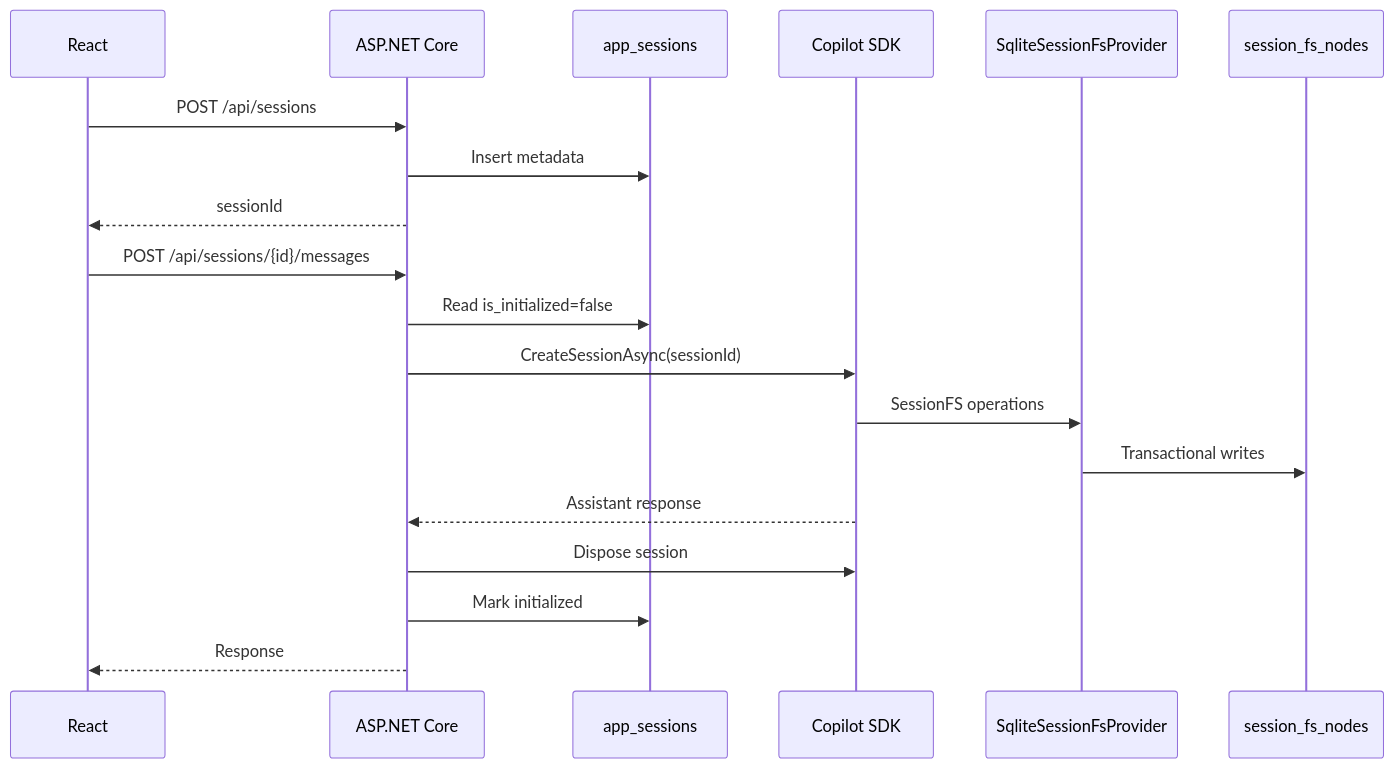
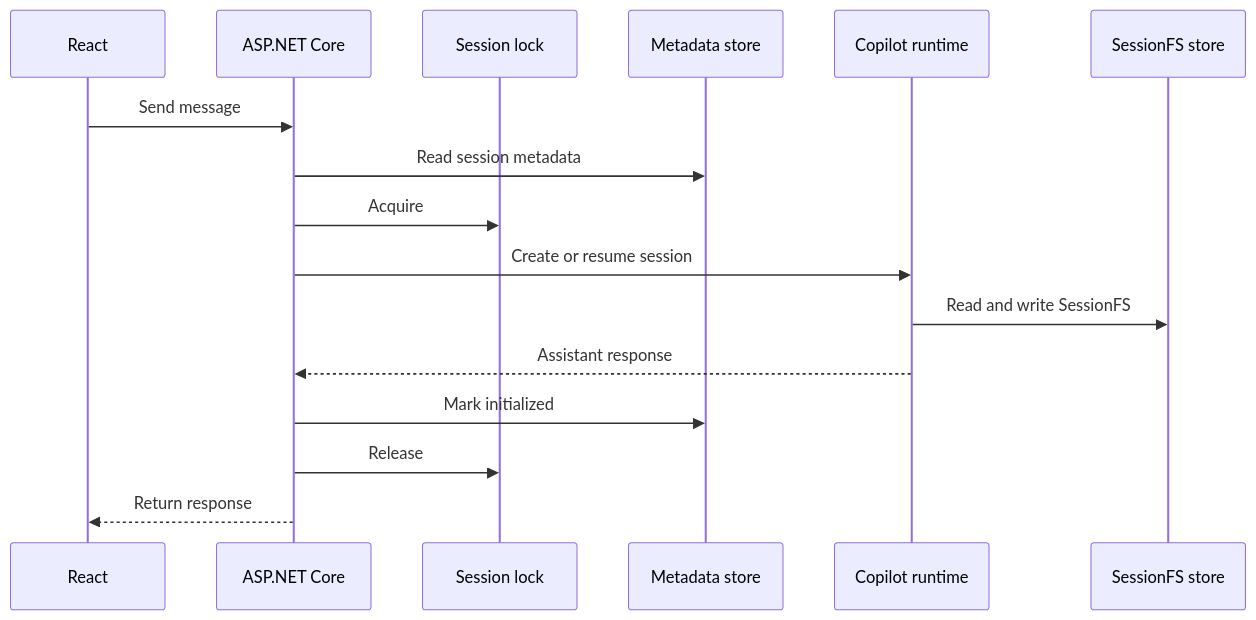
One commit to akhayash/copilot-session-persistence-poc changed the second of 2 diagrams in docs/architecture.md. Above: the diagram before and after it, drawn with Mermaid. The commit also changed other lines of this file and 45 other files, not shown here.

````diff
--- a/docs/architecture.md
+++ b/docs/architecture.md
@@ -155,23 +137,19 @@
 ```mermaid
 sequenceDiagram
     participant UI as React
-    participant API as ASP.NET Core
-    participant AppDB as app_sessions
-    participant SDK as Copilot SDK
-    participant FS as SqliteSessionFsProvider
-    participant AgentDB as session_fs_nodes
+    participant Web as ASP.NET Core
+    participant Lock as Session lock
+    participant Meta as Metadata store
+    participant Runtime as Copilot runtime
+    participant State as SessionFS store
 
-    UI->>API: POST /api/sessions
-    API->>AppDB: Insert metadata
-    API-->>UI: sessionId
-
-    UI->>API: POST /api/sessions/{id}/messages
-    API->>AppDB: Read is_initialized=false
-    API->>SDK: CreateSessionAsync(sessionId)
-    SDK->>FS: SessionFS operations
-    FS->>AgentDB: Transactional writes
-    SDK-->>API: Assistant response
-    API->>SDK: Dispose session
-    API->>AppDB: Mark initialized
-    API-->>UI: Response
+    UI->>Web: Send message
+    Web->>Meta: Read session metadata
+    Web->>Lock: Acquire
+    Web->>Runtime: Create or resume session
+    Runtime->>State: Read and write SessionFS
+    Runtime-->>Web: Assistant response
+    Web->>Meta: Mark initialized
+    Web->>Lock: Release
+    Web-->>UI: Return response
 ```
````
